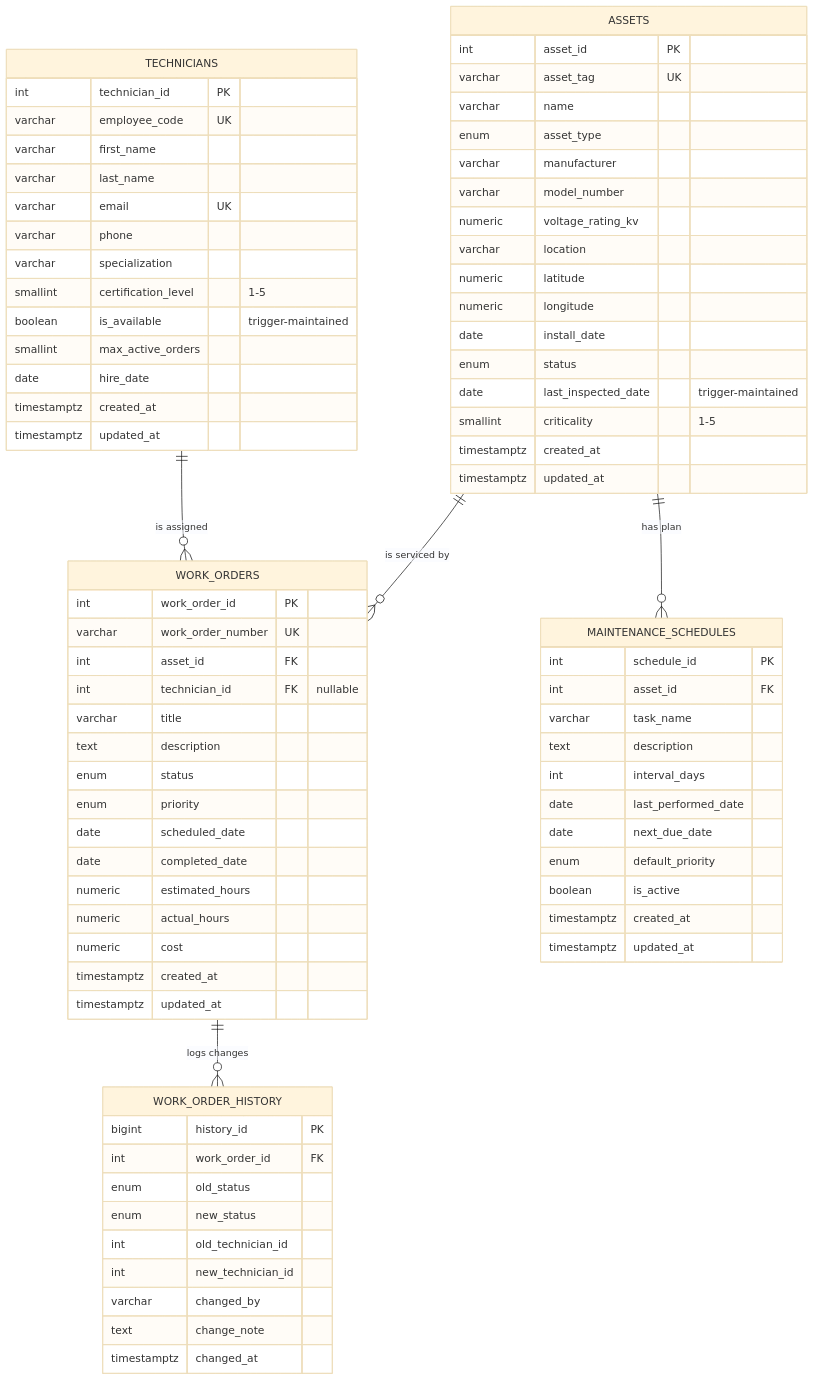
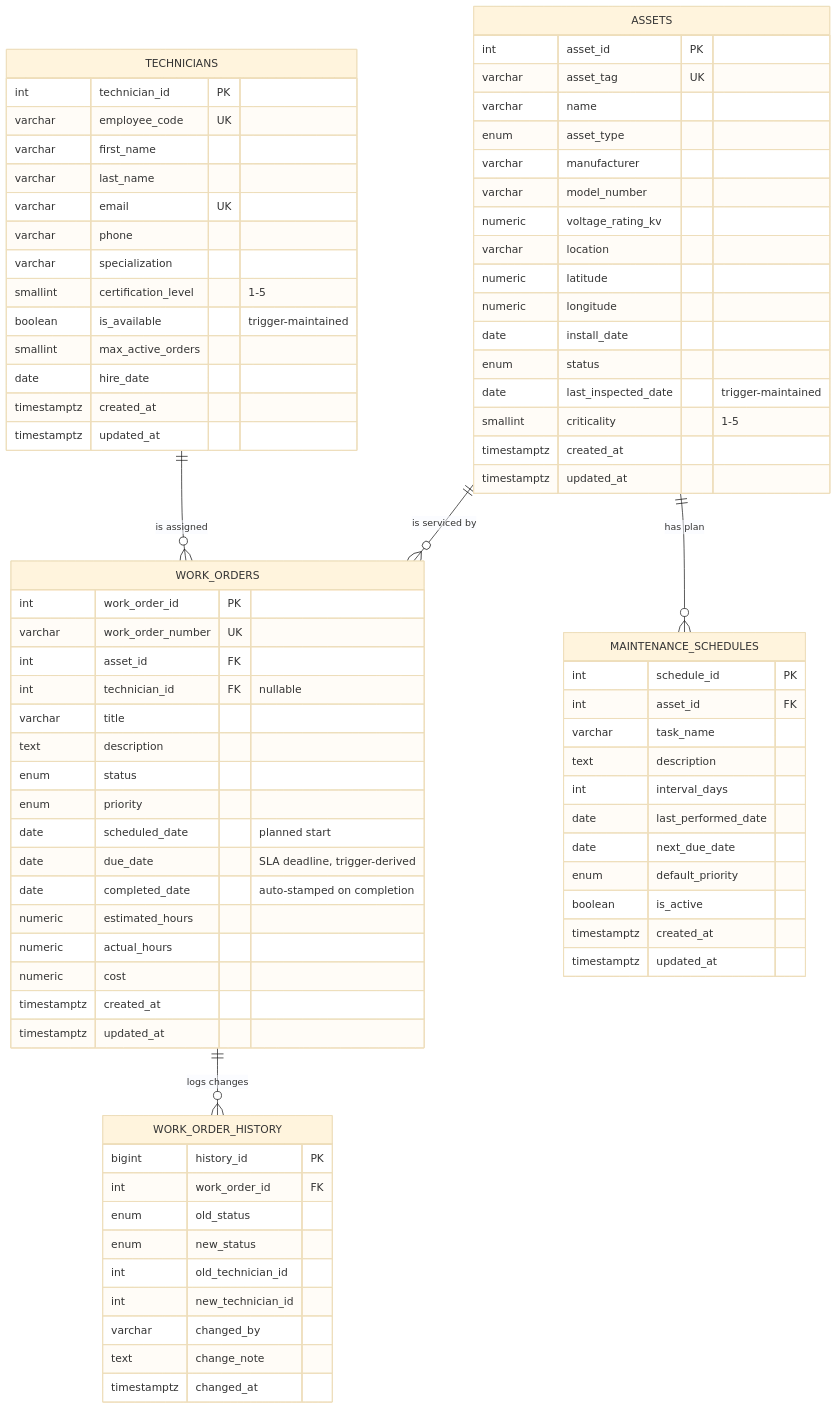
The diagram in docs/ERD.md (amruthak-code/Power-Utility-Asset-Management-Database), drawn with Mermaid (base theme) before and after one commit. The commit also changed other lines of this file and 5 other files, not shown here.

Commit message:
Add SLA due dates and schedule-aware technician assignment

```diff
--- a/docs/ERD.md
+++ b/docs/ERD.md
@@ -62,8 +62,9 @@
         text         description
         enum         status
         enum         priority
-        date         scheduled_date
-        date         completed_date
+        date         scheduled_date "planned start"
+        date         due_date "SLA deadline, trigger-derived"
+        date         completed_date "auto-stamped on completion"
         numeric      estimated_hours
         numeric      actual_hours
         numeric      cost
```
